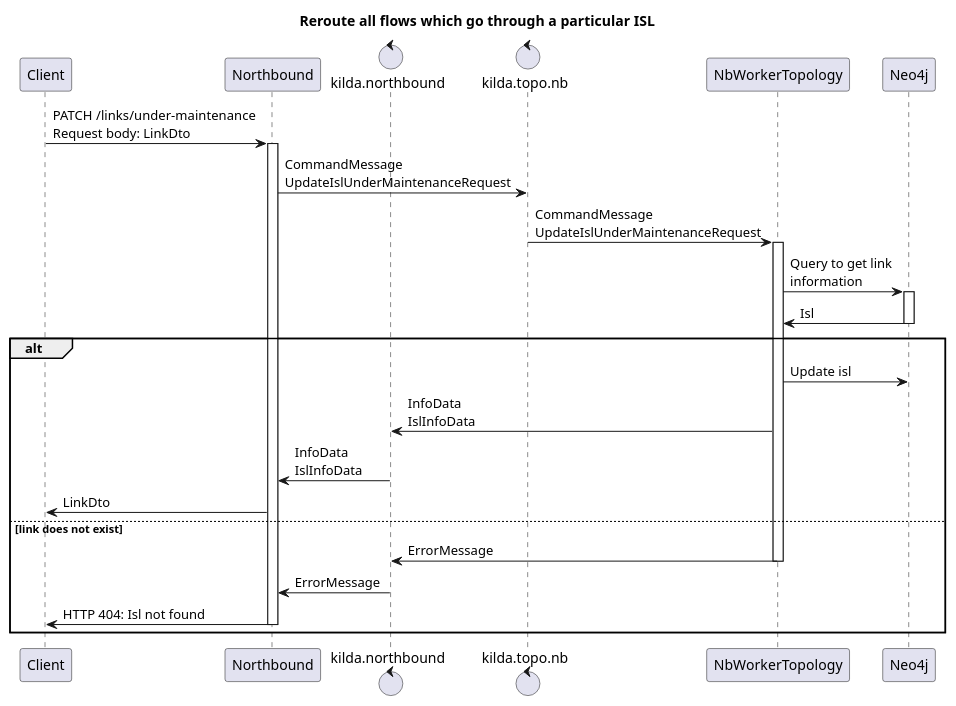
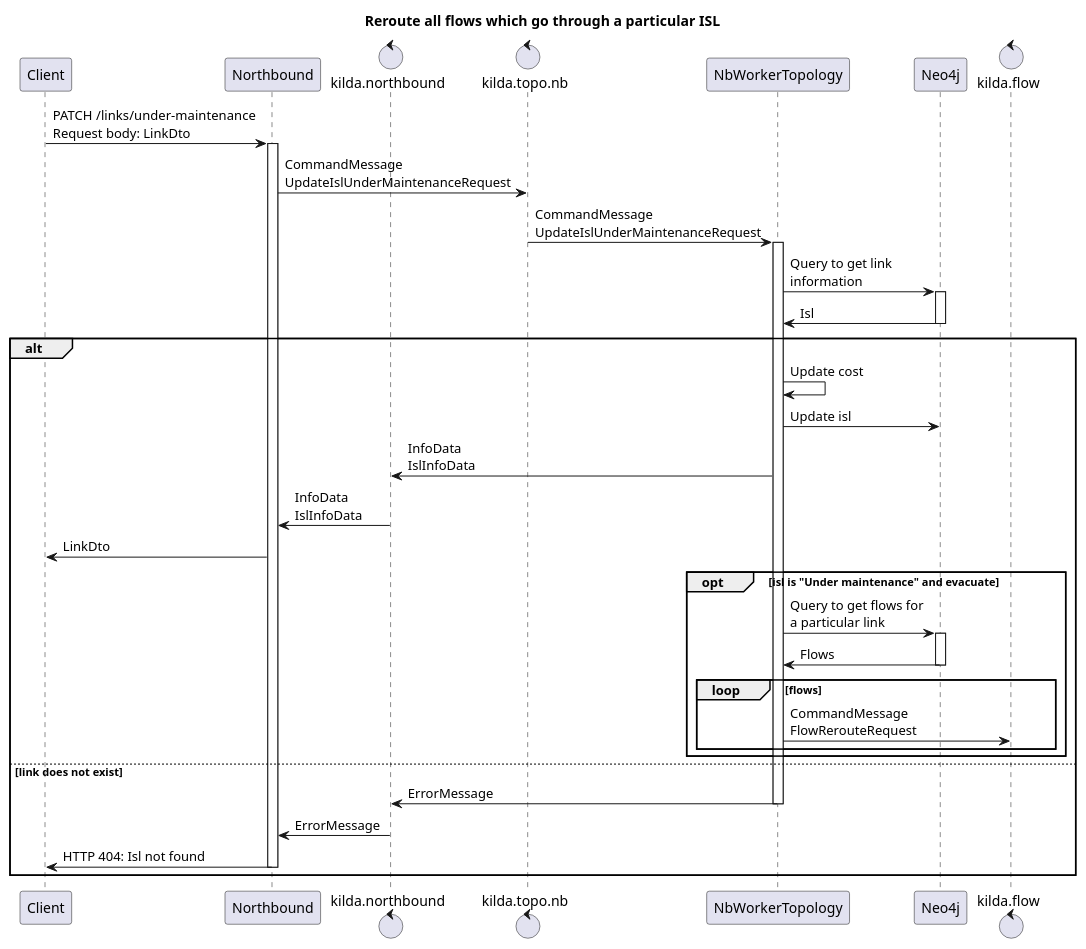
Before and after one commit to telstra/open-kilda: the diagram in docs/design/usecase/link-update-under-maintenance.puml, drawn with PlantUML. The commit also changed 9 other files, not shown here.

Commit message:
Add parameter to reroute all flows on the ISL when setting "Under maintenance" flag.

```diff
--- a/docs/design/usecase/link-update-under-maintenance.puml
+++ b/docs/design/usecase/link-update-under-maintenance.puml
@@ -1,43 +1,56 @@
 @startuml
 title Reroute all flows which go through a particular ISL
 
 participant Client
 
 participant Northbound
 
 control kilda.northbound
 control kilda.topo.nb
 
 participant NbWorkerTopology
 
 participant Neo4j
+
+control kilda.flow
 
 Client -> Northbound : PATCH /links/under-maintenance\nRequest body: LinkDto
 
 activate Northbound
 Northbound -> kilda.topo.nb : CommandMessage\nUpdateIslUnderMaintenanceRequest
 kilda.topo.nb -> NbWorkerTopology : CommandMessage\nUpdateIslUnderMaintenanceRequest
 activate NbWorkerTopology
 
 NbWorkerTopology -> Neo4j : Query to get link\ninformation
 activate Neo4j
 Neo4j -> NbWorkerTopology : Isl
 deactivate Neo4j
 
 alt
 
+NbWorkerTopology -> NbWorkerTopology : Update cost
 NbWorkerTopology -> Neo4j : Update isl
 NbWorkerTopology -> kilda.northbound : InfoData\nIslInfoData
 kilda.northbound -> Northbound : InfoData\nIslInfoData
 Northbound -> Client : LinkDto
+
+opt isl is "Under maintenance" and evacuate
+NbWorkerTopology -> Neo4j : Query to get flows for\na particular link
+activate Neo4j
+Neo4j -> NbWorkerTopology : Flows
+deactivate Neo4j
+loop flows
+    NbWorkerTopology -> kilda.flow : CommandMessage\nFlowRerouteRequest
+end
+end
 
 else link does not exist
 
 NbWorkerTopology -> kilda.northbound : ErrorMessage
 deactivate NbWorkerTopology
 kilda.northbound -> Northbound : ErrorMessage
 Northbound -> Client : HTTP 404: Isl not found
 deactivate Northbound
 end
 
 @enduml
```
